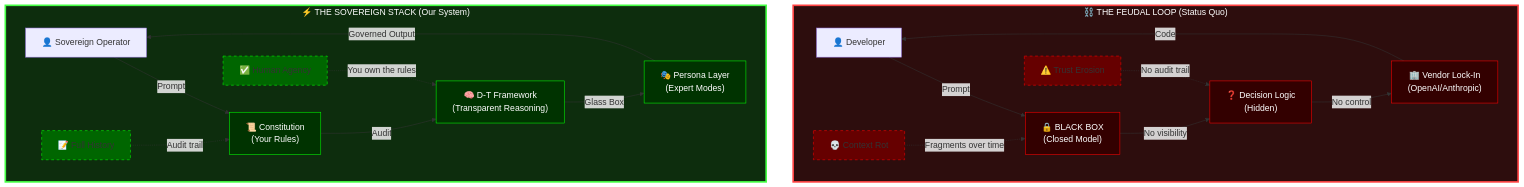
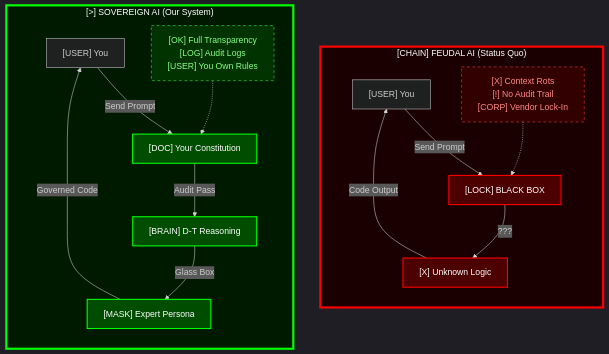
Before and after one commit to hummbl-dev/engine-ops: the diagram in README.md, drawn with Mermaid. The commit also changed other lines of this file and 54 other files, not shown here.

````diff
--- a/README.md
+++ b/README.md
@@ -11,38 +11,37 @@
 ```mermaid
+%%{init: {'theme':'dark', 'themeVariables': { 'fontSize':'16px'}}}%%
 graph TB
-    subgraph FEUDAL["⛓️ THE FEUDAL LOOP (Status Quo)"]
-        F_User["👤 Developer"] -->|"Prompt"| F_Black["🔒 BLACK BOX<br/>(Closed Model)"]
-        F_Black -->|"No visibility"| F_Decision["❓ Decision Logic<br/>(Hidden)"]
-        F_Decision -->|"No control"| F_Vendor["🏢 Vendor Lock-In<br/>(OpenAI/Anthropic)"]
-        F_Vendor -->|"Code"| F_User
+    subgraph FEUDAL["[CHAIN]  FEUDAL AI (Status Quo)"]
+        direction TB
+        F1["[USER] You"]
+        F1 -->|"Send Prompt"| F2["[LOCK] BLACK BOX"]
+        F2 -->|"???"| F3["[X] Unknown Logic"]
+        F3 -->|"Code Output"| F1
         
-        F_Rot["💀 Context Rot"] -.->|"Fragments over time"| F_Black
-        F_Trust["⚠️ Trust Erosion"] -.->|"No audit trail"| F_Decision
+        F4["[X] Context Rots<br/>[!] No Audit Trail<br/>[CORP] Vendor Lock-In"] -.-> F2
     end
 
-    subgraph SOVEREIGN["⚡ THE SOVEREIGN STACK (Our System)"]
-        S_User["👤 Sovereign Operator"] -->|"Prompt"| S_Const["📜 Constitution<br/>(Your Rules)"]
-        S_Const -->|"Audit"| S_DT["🧠 D-T Framework<br/>(Transparent Reasoning)"]
-        S_DT -->|"Glass Box"| S_Persona["🎭 Persona Layer<br/>(Expert Modes)"]
-        S_Persona -->|"Governed Output"| S_User
+    subgraph SOVEREIGN["[>]  SOVEREIGN AI (Our System)"]
+        direction TB
+        S1["[USER] You"]
+        S1 -->|"Send Prompt"| S2["[DOC] Your Constitution"]
+        S2 -->|"Audit Pass"| S3["[BRAIN] D-T Reasoning"]
+        S3 -->|"Glass Box"| S4["[MASK] Expert Persona"]
+        S4 -->|"Governed Code"| S1
         
-        S_History["📝 Full History"] -.->|"Audit trail"| S_Const
-        S_Agency["✅ Human Agency"] -.->|"You own the rules"| S_DT
+        S5["[OK] Full Transparency<br/>[LOG] Audit Logs<br/>[USER] You Own Rules"] -.-> S2
     end
 
-    style FEUDAL fill:#2d0d0d,stroke:#ff4444,stroke-width:3px,color:#fff
-    style SOVEREIGN fill:#0d2d0d,stroke:#44ff44,stroke-width:3px,color:#fff
+    style FEUDAL fill:#1a0000,stroke:#ff0000,stroke-width:4px,color:#fff
+    style SOVEREIGN fill:#001a00,stroke:#00ff00,stroke-width:4px,color:#fff
     
-    style F_Black fill:#330000,stroke:#ff0000,color:#fff
-    style F_Decision fill:#330000,stroke:#ff0000,color:#fff
-    style F_Vendor fill:#330000,stroke:#ff0000,color:#fff
+    style F2 fill:#4d0000,stroke:#ff0000,stroke-width:2px,color:#fff
+    style F3 fill:#4d0000,stroke:#ff0000,stroke-width:2px,color:#fff
     
-    style S_Const fill:#003300,stroke:#00ff00,color:#fff
-    style S_DT fill:#003300,stroke:#00ff00,color:#fff
-    style S_Persona fill:#003300,stroke:#00ff00,color:#fff
+    style S2 fill:#004d00,stroke:#00ff00,stroke-width:2px,color:#fff
+    style S3 fill:#004d00,stroke:#00ff00,stroke-width:2px,color:#fff
+    style S4 fill:#004d00,stroke:#00ff00,stroke-width:2px,color:#fff
     
-    style F_Rot fill:#660000,stroke:#ff0000,stroke-dasharray: 5 5
-    style F_Trust fill:#660000,stroke:#ff0000,stroke-dasharray: 5 5
-    style S_History fill:#006600,stroke:#00ff00,stroke-dasharray: 5 5
-    style S_Agency fill:#006600,stroke:#00ff00,stroke-dasharray: 5 5
+    style F4 fill:#330000,stroke:#ff4444,stroke-dasharray: 5 5,color:#ff8888
+    style S5 fill:#003300,stroke:#44ff44,stroke-dasharray: 5 5,color:#88ff88
 ```
````
